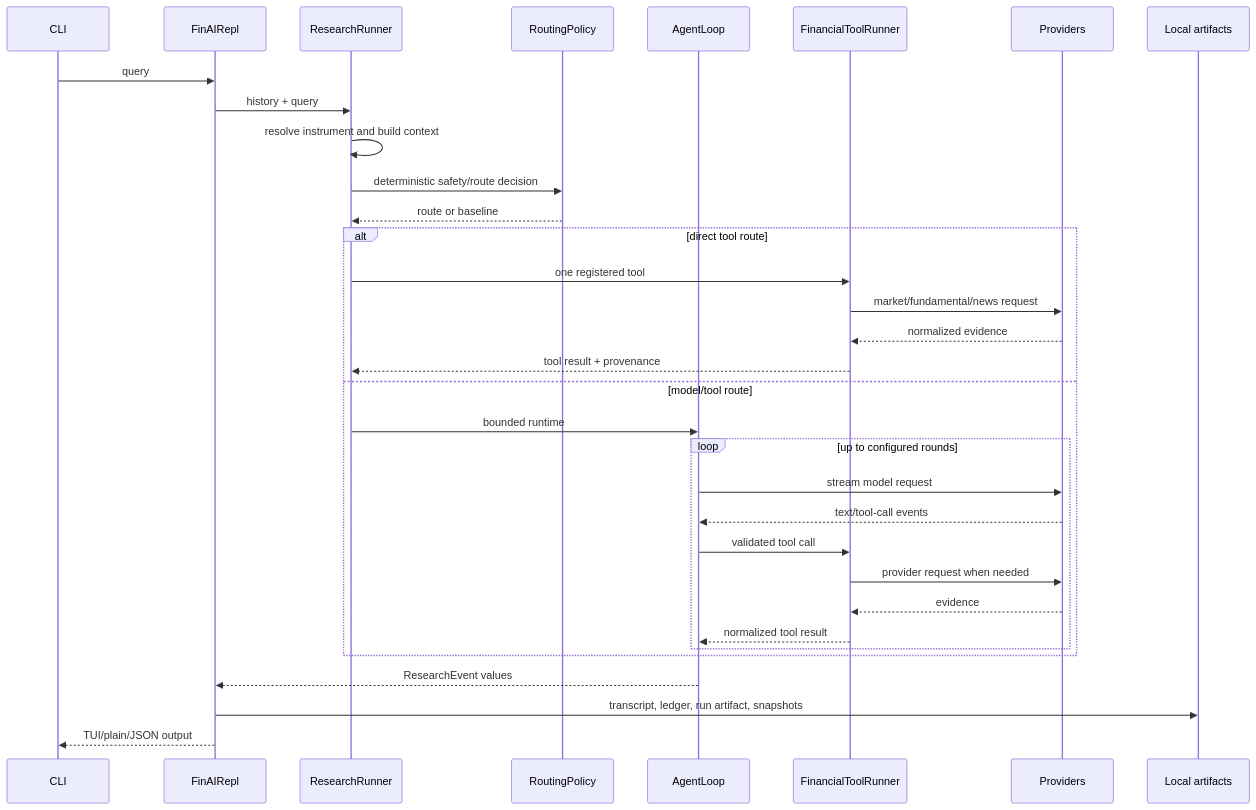
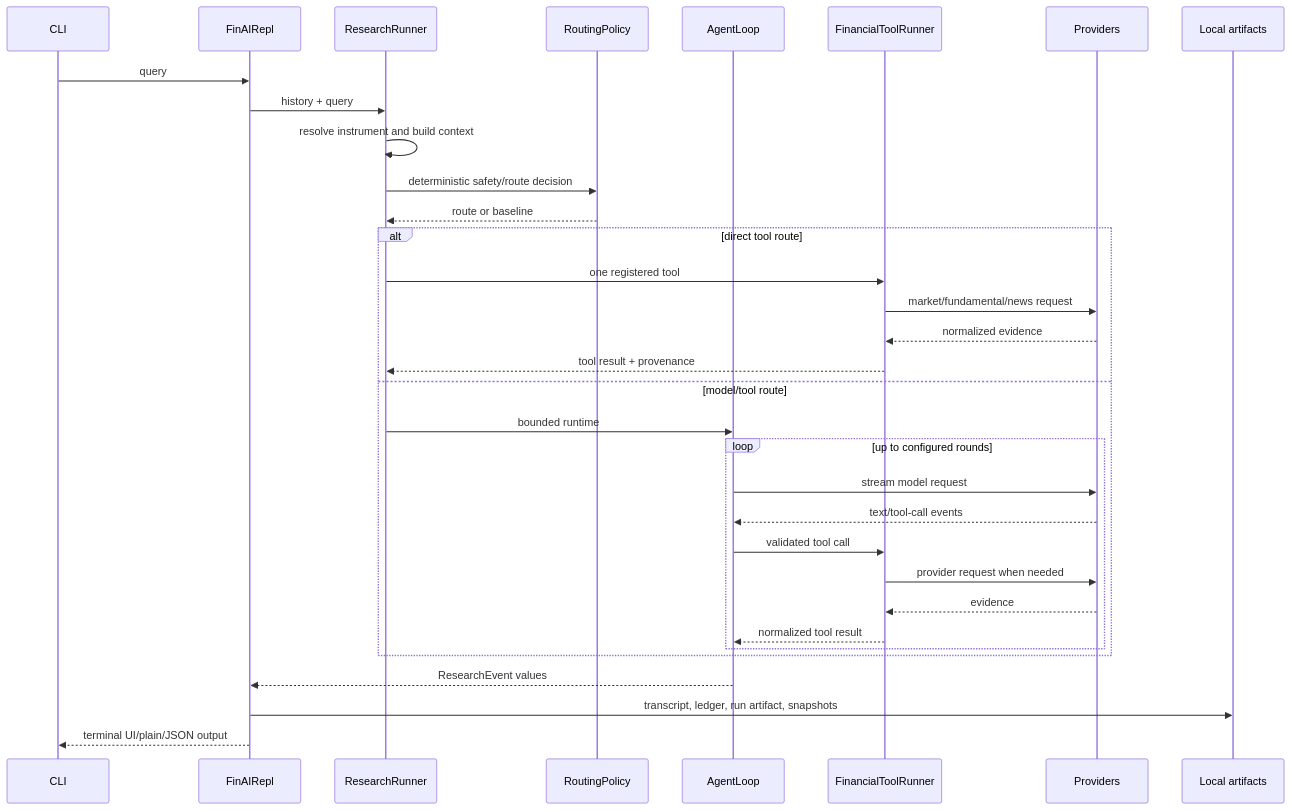
One commit to rahul2-byte/financial-analyst-system changed the first of 2 diagrams in docs/architecture.md. Above: the diagram before and after it, drawn with Mermaid. The commit also changed other lines of this file and 188 other files, not shown here.

````diff
--- a/docs/architecture.md
+++ b/docs/architecture.md
@@ -23,36 +23,36 @@
 ```mermaid
 sequenceDiagram
     participant C as CLI
     participant S as FinAIRepl
     participant R as ResearchRunner
     participant P as RoutingPolicy
     participant L as AgentLoop
     participant T as FinancialToolRunner
     participant V as Providers
     participant O as Local artifacts
 
     C->>S: query
     S->>R: history + query
     R->>R: resolve instrument and build context
     R->>P: deterministic safety/route decision
     P-->>R: route or baseline
     alt direct tool route
         R->>T: one registered tool
         T->>V: market/fundamental/news request
         V-->>T: normalized evidence
         T-->>R: tool result + provenance
     else model/tool route
         R->>L: bounded runtime
         loop up to configured rounds
             L->>V: stream model request
             V-->>L: text/tool-call events
             L->>T: validated tool call
             T->>V: provider request when needed
             V-->>T: evidence
             T-->>L: normalized tool result
         end
     end
     L-->>S: ResearchEvent values
     S->>O: transcript, ledger, run artifact, snapshots
-    S-->>C: TUI/plain/JSON output
+    S-->>C: terminal UI/plain/JSON output
 ```
````
